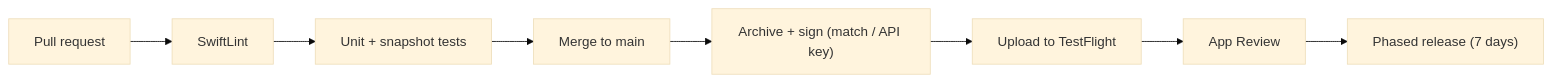
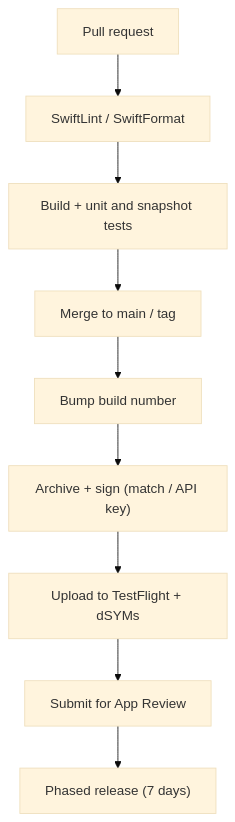
Before and after one commit to AkshayAshokCode/iOS-Interview-Questions-and-Answers: the seventh of 7 diagrams in topics/19-xcode-build-release.md, drawn with Mermaid (base theme). The commit also changed other lines of this file and 18 other files, not shown here.

````diff
--- a/topics/19-xcode-build-release.md
+++ b/topics/19-xcode-build-release.md
@@ -142,10 +536,11 @@
 ```mermaid
-flowchart LR
-    PR["Pull request"] --> LINT["SwiftLint"]
-    LINT --> UT["Unit + snapshot tests"]
-    UT --> M["Merge to main"]
-    M --> AR["Archive + sign (match / API key)"]
-    AR --> TF["Upload to TestFlight"]
-    TF --> RV["App Review"]
+flowchart TD
+    PR["Pull request"] --> LINT["SwiftLint / SwiftFormat"]
+    LINT --> UT["Build + unit and snapshot tests"]
+    UT --> M["Merge to main / tag"]
+    M --> BUMP["Bump build number"]
+    BUMP --> AR["Archive + sign (match / API key)"]
+    AR --> TF["Upload to TestFlight + dSYMs"]
+    TF --> RV["Submit for App Review"]
     RV --> PH["Phased release (7 days)"]
 ```
````
